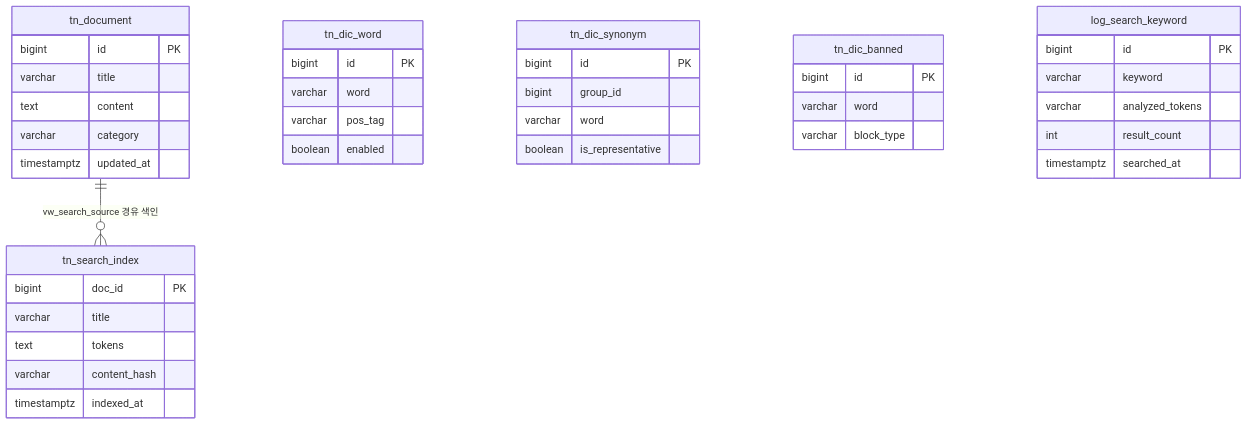
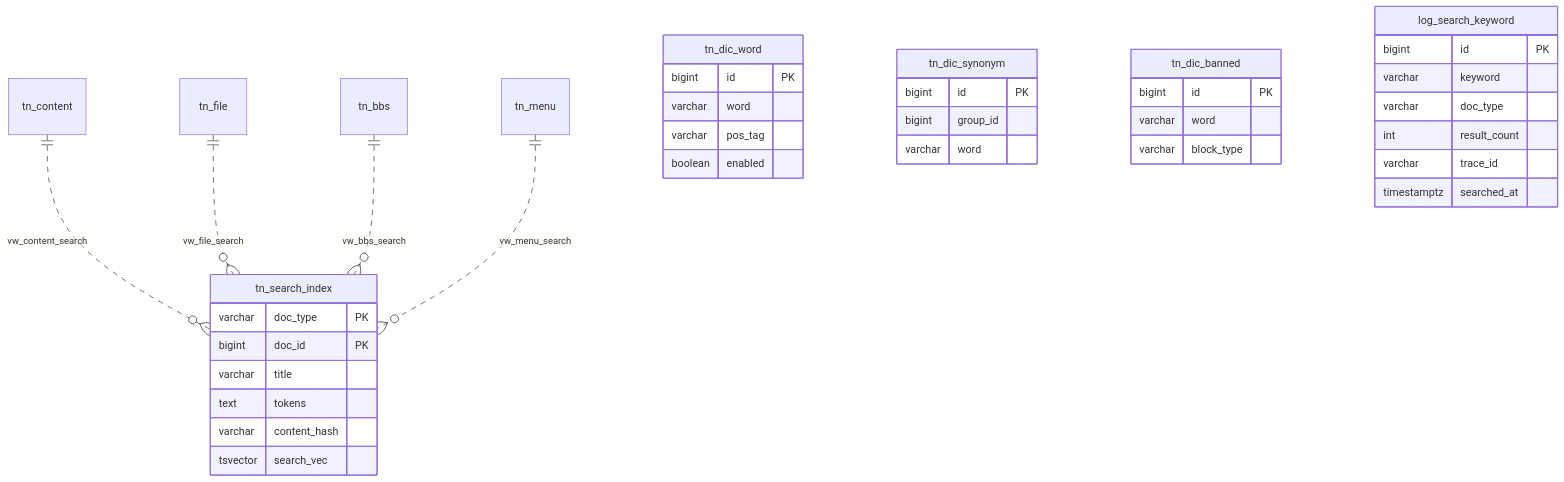
The diagram in DESIGN.md (kingja51/search), drawn with Mermaid before and after one commit. The commit also changed other lines of this file, not shown here.

Commit message:
docs: 최종 설계 v1.0 - com.gonet.search 패키지, Controller 명명규칙, 검색 소스 4종 VIEW, layout/search

````diff
--- a/DESIGN.md
+++ b/DESIGN.md
@@ -97,42 +121,39 @@
 ```mermaid
 erDiagram
-    tn_document ||--o{ tn_search_index : "vw_search_source 경유 색인"
+    tn_content ||..o{ tn_search_index : "vw_content_search"
+    tn_file    ||..o{ tn_search_index : "vw_file_search"
+    tn_bbs     ||..o{ tn_search_index : "vw_bbs_search"
+    tn_menu    ||..o{ tn_search_index : "vw_menu_search"
+    tn_search_index {
+        varchar doc_type PK
+        bigint  doc_id   PK
+        varchar title
+        text    tokens
+        varchar content_hash
+        tsvector search_vec
+    }
     tn_dic_word {
         bigint id PK
         varchar word
         varchar pos_tag
         boolean enabled
     }
     tn_dic_synonym {
         bigint id PK
         bigint group_id
         varchar word
-        boolean is_representative
     }
     tn_dic_banned {
         bigint id PK
         varchar word
         varchar block_type
     }
-    tn_document {
-        bigint id PK
-        varchar title
-        text content
-        varchar category
-        timestamptz updated_at
-    }
-    tn_search_index {
-        bigint doc_id PK
-        varchar title
-        text tokens
-        varchar content_hash
-        timestamptz indexed_at
-    }
     log_search_keyword {
         bigint id PK
         varchar keyword
-        varchar analyzed_tokens
+        varchar doc_type
         int result_count
+        varchar trace_id
         timestamptz searched_at
     }
 ```
````
